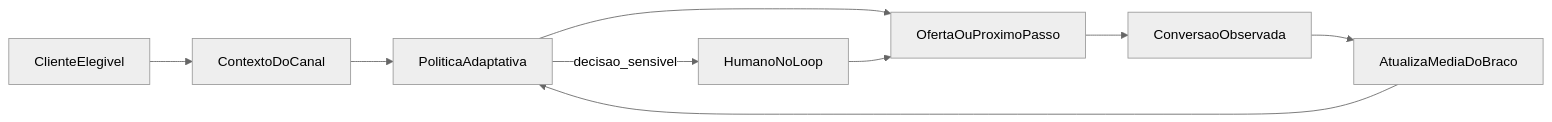
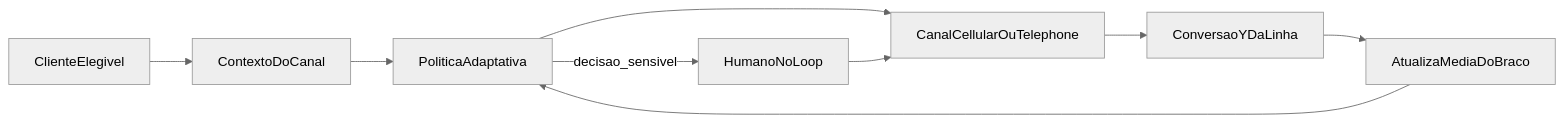
One commit to edu1006/datathon-7mlet changed the fifth of 8 diagrams in README.md. Above: the diagram before and after it, drawn with Mermaid (neutral theme). The commit also changed other lines of this file and 22 other files, not shown here.

````diff
--- a/README.md
+++ b/README.md
@@ -120,15 +214,15 @@
 ```mermaid
 flowchart LR
   elegivel[ClienteElegivel]
   contexto[ContextoDoCanal]
   politica[PoliticaAdaptativa]
-  oferta[OfertaOuProximoPasso]
+  oferta[CanalCellularOuTelephone]
   hitl[HumanoNoLoop]
-  resposta[ConversaoObservada]
+  resposta[ConversaoYDaLinha]
   aprendizado[AtualizaMediaDoBraco]
   elegivel --> contexto --> politica
   politica -->|"decisao_sensivel"| hitl
   politica --> oferta
   hitl --> oferta
   oferta --> resposta --> aprendizado --> politica
 ```
````
